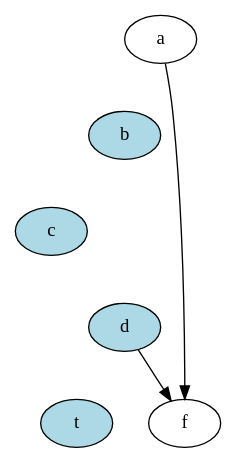
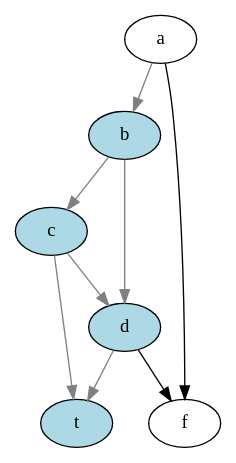
The diagram in theory-makes-beautiful-programs/fig13-7.dot (jokva/talks), drawn with Graphviz before and after one commit. The commit also changed 6 other files, not shown here.

```diff
--- a/theory-makes-beautiful-programs/fig13-7.dot
+++ b/theory-makes-beautiful-programs/fig13-7.dot
@@ -1,15 +1,15 @@
 digraph {
-    a -> b [style = invis];
+    a -> b [color = gray];
     a -> f;
-    b -> c [style = invis];
-    b -> d [style = invis];
-    c -> t [style = invis];
-    c -> d [style = invis];
-    d -> t [style = invis];
+    b -> c [color = gray];
+    b -> d [color = gray];
+    c -> t [color = gray];
+    c -> d [color = gray];
+    d -> t [color = gray];
     d -> f;
 
     b [style = filled, fillcolor = lightblue];
     c [style = filled, fillcolor = lightblue];
     d [style = filled, fillcolor = lightblue];
     t [style = filled, fillcolor = lightblue];
 }
```
